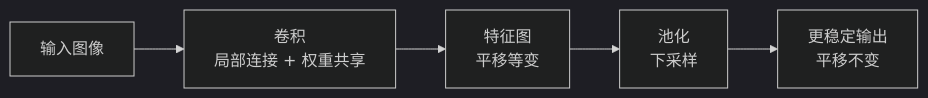
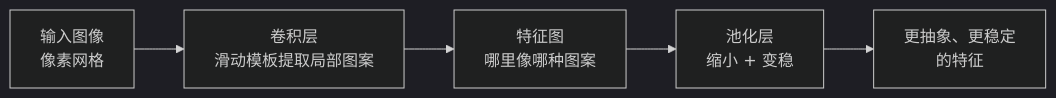
One commit to SummerS-tars/ai-course-guides changed the fourth of 4 diagrams in guides/AI-Week3-4-学习指南.md. Above: the diagram before and after it, drawn with Mermaid (dark theme). The commit also changed other lines of this file and 1 other file, not shown here.

````diff
--- a/guides/AI-Week3-4-学习指南.md
+++ b/guides/AI-Week3-4-学习指南.md
@@ -491,7 +654,7 @@
 ```mermaid
 flowchart LR
-    IMG[输入图像] --> CONV[卷积<br/>局部连接 + 权重共享]
-    CONV --> FEAT[特征图<br/>平移等变]
-    FEAT --> POOL[池化<br/>下采样]
-    POOL --> OUT[更稳定输出<br/>平移不变]
+    IMG[输入图像<br/>像素网格] --> CONV[卷积层<br/>滑动模板提取局部图案]
+    CONV --> FEAT[特征图<br/>哪里像哪种图案]
+    FEAT --> POOL[池化层<br/>缩小 + 变稳]
+    POOL --> OUT[更抽象、更稳定<br/>的特征]
 ```
````
